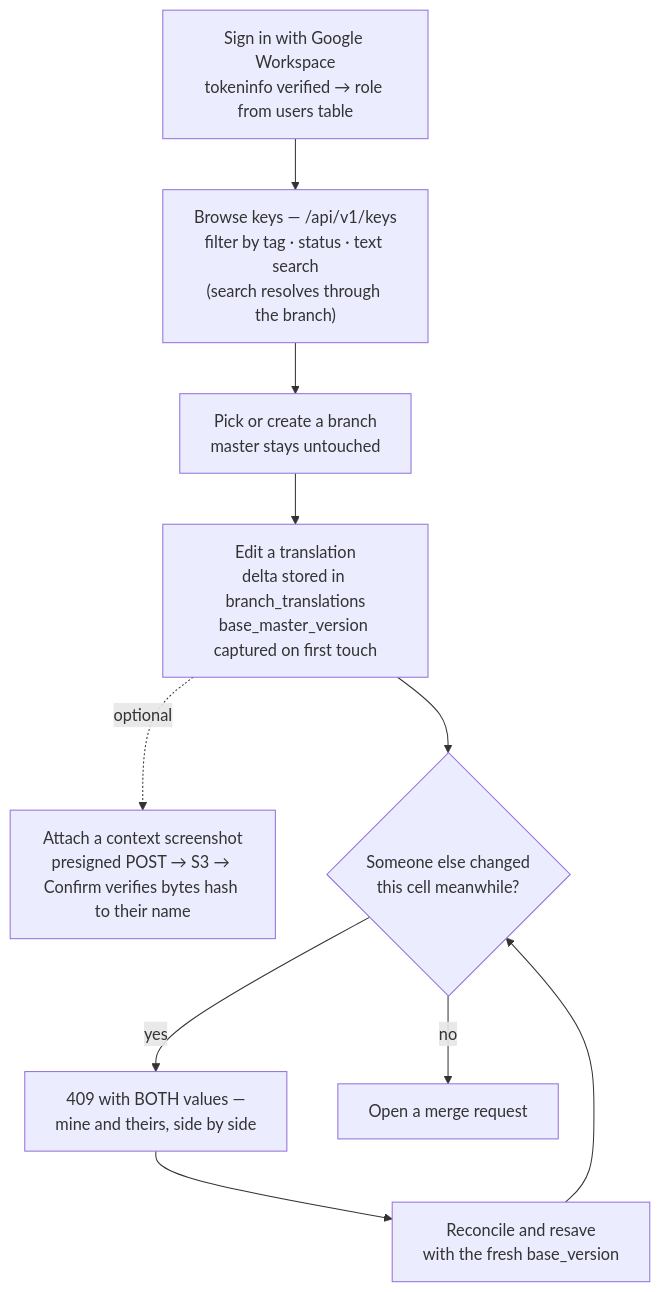
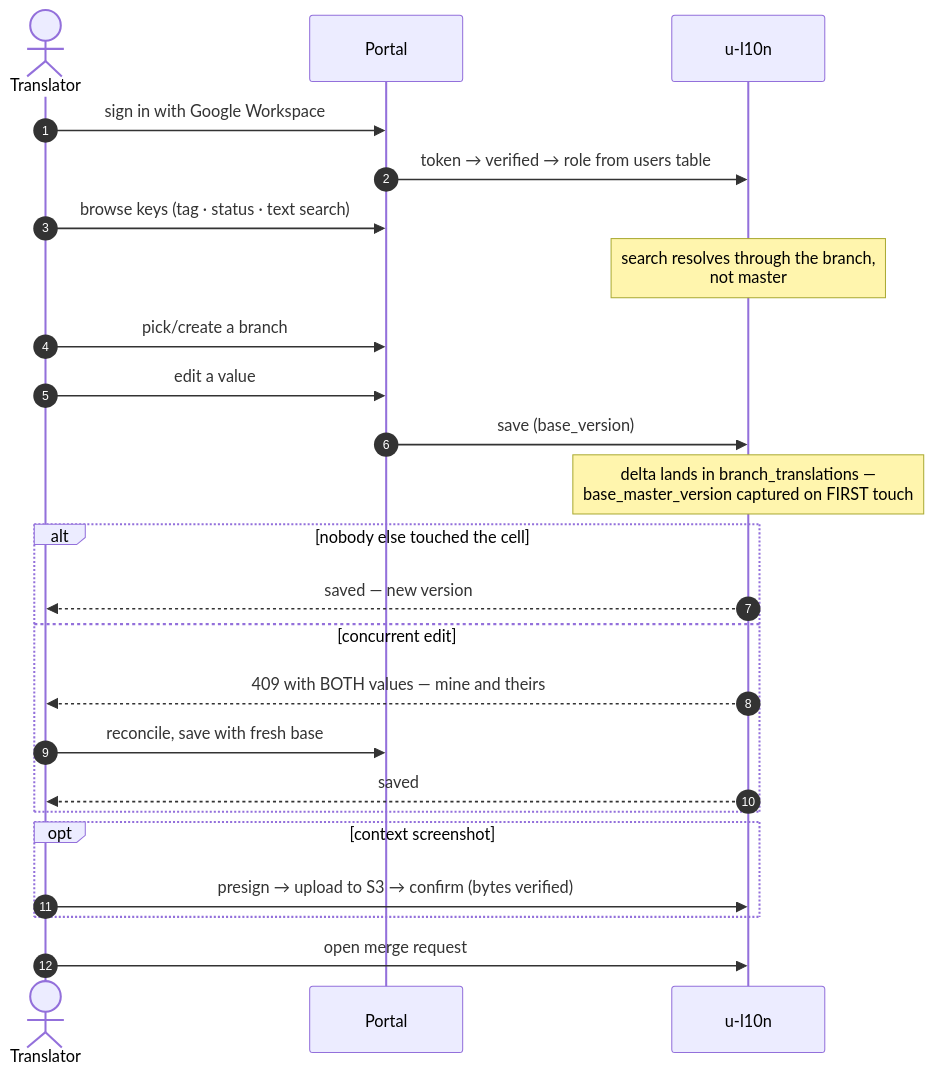
One commit to ashik-saini/u-l10n changed the first of 5 diagrams in docs/USER_FLOWS.md. Above: the diagram before and after it, drawn with Mermaid. The commit also changed other lines of this file and 1 other file, not shown here.

First line of the commit message:
docs: rework all diagrams as UML sequence diagrams

````diff
--- a/docs/USER_FLOWS.md
+++ b/docs/USER_FLOWS.md
@@ -7,17 +7,27 @@
 ```mermaid
-flowchart TB
-    login["Sign in with Google Workspace<br/>tokeninfo verified → role from users table"]
-    browse["Browse keys — /api/v1/keys<br/>filter by tag · status · text search<br/>(search resolves through the branch)"]
-    pick["Pick or create a branch<br/>master stays untouched"]
-    edit["Edit a translation<br/>delta stored in branch_translations<br/>base_master_version captured on first touch"]
-    ctx["Attach a context screenshot<br/>presigned POST → S3 → Confirm verifies bytes hash to their name"]
-    stale{"Someone else changed<br/>this cell meanwhile?"}
-    conflict409["409 with BOTH values —<br/>mine and theirs, side by side"]
-    reconcile["Reconcile and resave<br/>with the fresh base_version"]
-    openmr["Open a merge request"]
+sequenceDiagram
+    autonumber
+    actor T as Translator
+    participant P as Portal
+    participant S as u-l10n
 
-    login --> browse --> pick --> edit --> stale
-    edit -.optional.-> ctx
-    stale -->|no| openmr
-    stale -->|yes| conflict409 --> reconcile --> stale
+    T->>P: sign in with Google Workspace
+    P->>S: token → verified → role from users table
+    T->>P: browse keys (tag · status · text search)
+    Note over S: search resolves through the branch,<br/>not master
+    T->>P: pick/create a branch
+    T->>P: edit a value
+    P->>S: save (base_version)
+    Note over S: delta lands in branch_translations —<br/>base_master_version captured on FIRST touch
+    alt nobody else touched the cell
+        S-->>T: saved — new version
+    else concurrent edit
+        S-->>T: 409 with BOTH values — mine and theirs
+        T->>P: reconcile, save with fresh base
+        S-->>T: saved
+    end
+    opt context screenshot
+        T->>S: presign → upload to S3 → confirm (bytes verified)
+    end
+    T->>S: open merge request
 ```
````
